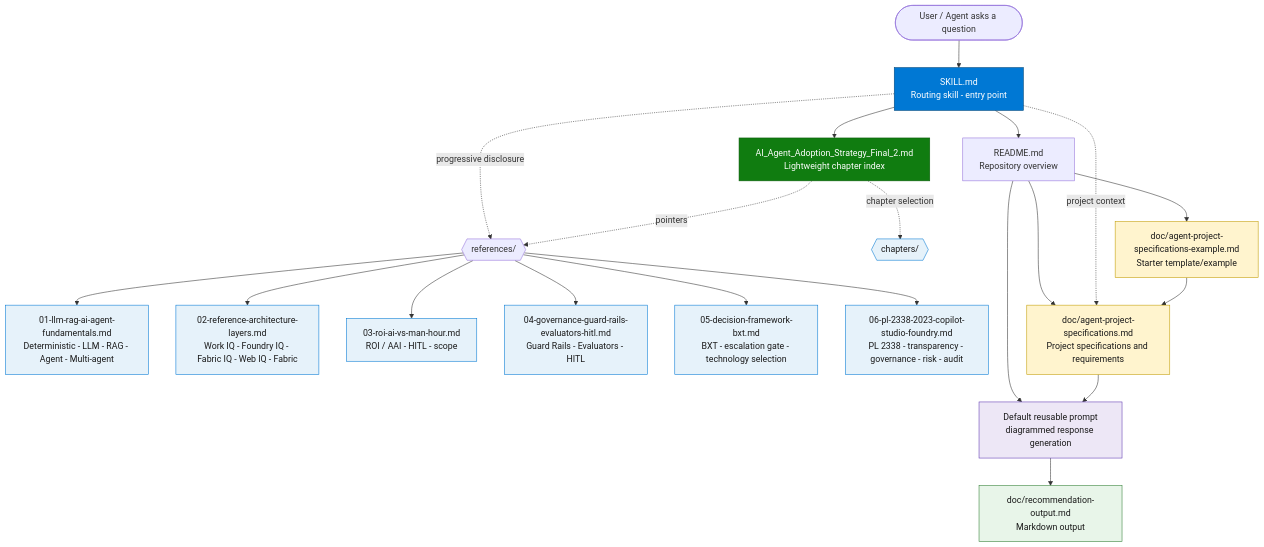
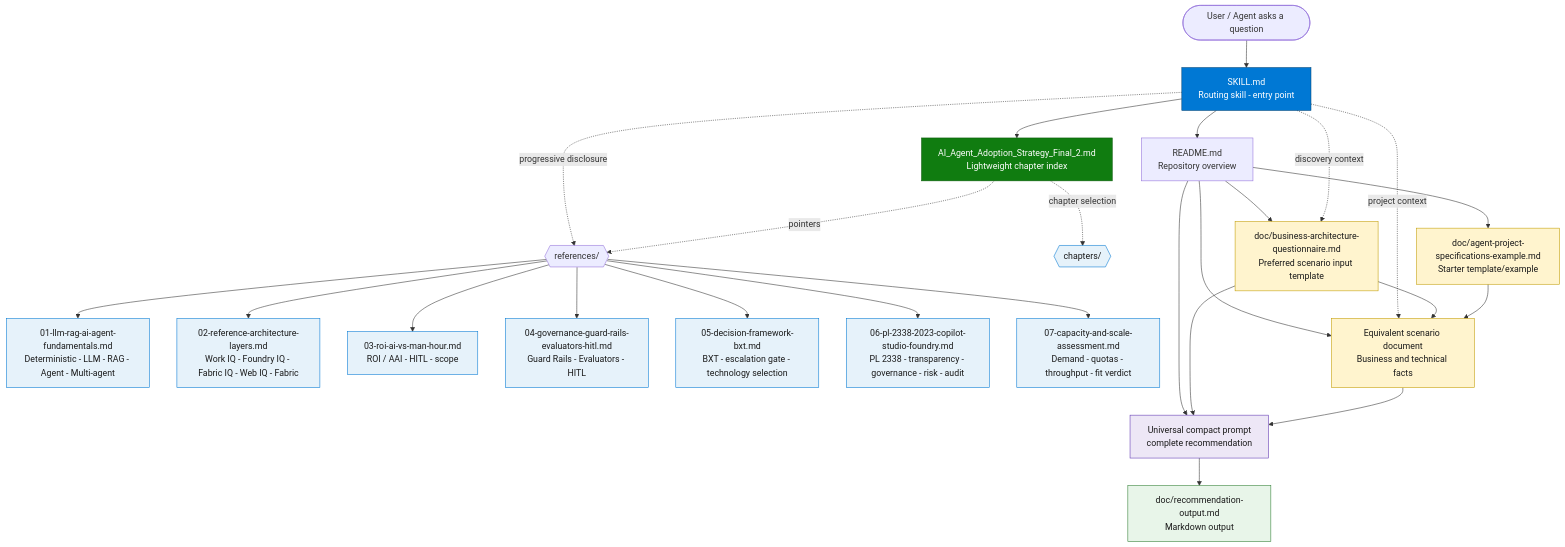
Before and after one commit to fabioharams/hubsp-ai-skill: the second of 3 diagrams in README.md, drawn with Mermaid. The commit also changed other lines of this file and 5 other files, not shown here.

````diff
--- a/README.md
+++ b/README.md
@@ -83,38 +107,43 @@
 ```mermaid
 graph TD
     USER([User / Agent asks a question]) --> SKILL[SKILL.md<br/>Routing skill - entry point]
    SKILL --> CANON[AI_Agent_Adoption_Strategy_Final_2.md<br/>Lightweight chapter index]
 
     SKILL -. progressive disclosure .-> REF{{references/}}
     CANON -. pointers .-> REF
    CANON -. chapter selection .-> CHAPTERS{{chapters/}}
 
       REF --> R1[01-llm-rag-ai-agent-fundamentals.md<br/>Deterministic - LLM - RAG - Agent - Multi-agent]
       REF --> R2[02-reference-architecture-layers.md<br/>Work IQ - Foundry IQ - Fabric IQ - Web IQ - Fabric]
       REF --> R3[03-roi-ai-vs-man-hour.md<br/>ROI / AAI - HITL - scope]
       REF --> R4[04-governance-guard-rails-evaluators-hitl.md<br/>Guard Rails - Evaluators - HITL]
       REF --> R5[05-decision-framework-bxt.md<br/>BXT - escalation gate - technology selection]
       REF --> R6[06-pl-2338-2023-copilot-studio-foundry.md<br/>PL 2338 - transparency - governance - risk - audit]
+      REF --> R7[07-capacity-and-scale-assessment.md<br/>Demand - quotas - throughput - fit verdict]
 
     SKILL --> README[README.md<br/>Repository overview]
-   README --> DOC[doc/agent-project-specifications.md<br/>Project specifications and requirements]
+   README --> BQ[doc/business-architecture-questionnaire.md<br/>Preferred scenario input template]
+   README --> DOC[Equivalent scenario document<br/>Business and technical facts]
    README --> DOCEX[doc/agent-project-specifications-example.md<br/>Starter template/example]
+   SKILL -. discovery context .-> BQ
    SKILL -. project context .-> DOC
+   BQ --> DOC
    DOCEX --> DOC
-   README --> PROMPT[Default reusable prompt<br/>diagrammed response generation]
+   README --> PROMPT[Universal compact prompt<br/>complete recommendation]
+   BQ --> PROMPT
    DOC --> PROMPT
    PROMPT --> OUTMD[doc/recommendation-output.md<br/>Markdown output]
 
     classDef entry fill:#0078D4,stroke:#004578,color:#fff;
     classDef canon fill:#107C10,stroke:#0B5A0B,color:#fff;
     classDef ref fill:#E6F2FA,stroke:#0078D4,color:#1a1a1a;
    classDef doc fill:#FFF4CE,stroke:#C19C00,color:#1a1a1a;
    classDef prompt fill:#EDE7F6,stroke:#5E35B1,color:#1a1a1a;
    classDef output fill:#E8F5E9,stroke:#2E7D32,color:#1a1a1a;
     class SKILL entry;
     class CANON canon;
-   class R1,R2,R3,R4,R5,R6,CHAPTERS ref;
-   class DOC,DOCEX doc;
+   class R1,R2,R3,R4,R5,R6,R7,CHAPTERS ref;
+   class BQ,DOC,DOCEX doc;
    class PROMPT prompt;
    class OUTMD output;
 ```
````
